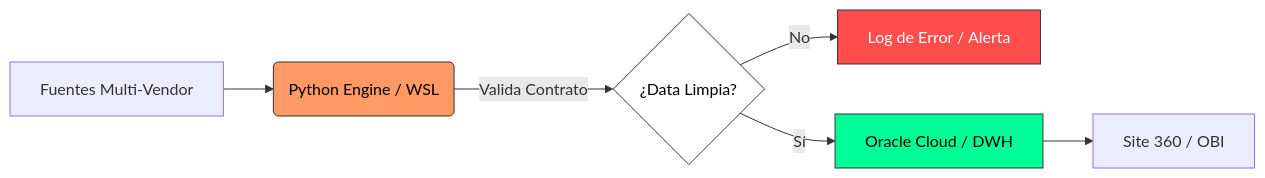
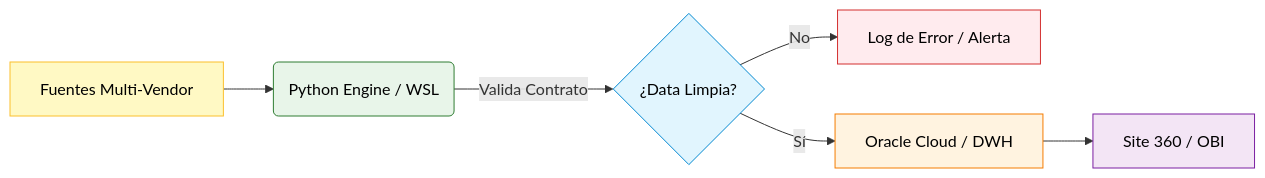
The diagram in docs/arquitectura/motor_procesamiento.md (wleogutierrez/WSL-DataFabric), drawn with Mermaid before and after one commit. The commit also changed 7 other files, not shown here.

````diff
--- a/docs/arquitectura/motor_procesamiento.md
+++ b/docs/arquitectura/motor_procesamiento.md
@@ -28,13 +28,16 @@
 ```mermaid
 graph LR
     A[Fuentes Multi-Vendor] --> B(Python Engine / WSL)
     B -->|Valida Contrato| C{¿Data Limpia?}
     C -->|No| D[Log de Error / Alerta]
     C -->|Sí| E[Oracle Cloud / DWH]
     E --> F[Site 360 / OBI]
-    
-    style B fill:#f96,stroke:#333,color:#000
-    style E fill:#0f9,stroke:#333,color:#000
-    style C fill:#fff,stroke:#333,color:#000
-    style D fill:#ff4d4d,stroke:#333,color:#fff
+
+    %% Estilos Claros y Legibles (Texto Negro siempre)
+    style A fill:#FFF9C4,stroke:#FBC02D,color:#000
+    style B fill:#E8F5E9,stroke:#2E7D32,color:#000
+    style C fill:#E1F5FE,stroke:#0288D1,color:#000
+    style D fill:#FFEBEE,stroke:#D32F2F,color:#000
+    style E fill:#FFF3E0,stroke:#F57C00,color:#000
+    style F fill:#F3E5F5,stroke:#7B1FA2,color:#000
 ```
````
